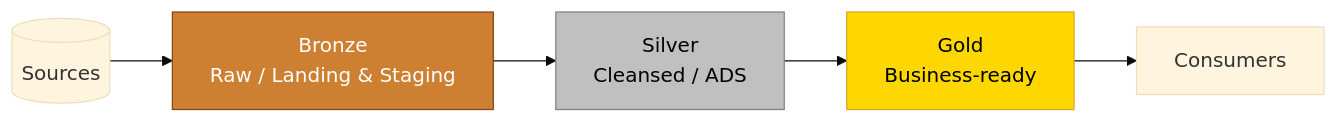
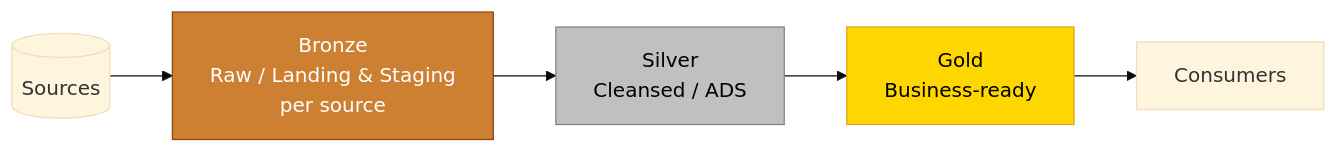
One commit to PlainsightPro/Vision-Playbook changed the first of 2 diagrams in Technical Guideline Ops/Architectural Principles/Medallion - Bronze Silver Gold.md. Above: the diagram before and after it, drawn with Mermaid. The commit also changed other lines of this file and 3 other files, not shown here.

Commit message:
Removal of inconsistencies in Landing/Staging per Schema + Removal of OBT to remove obfuscation.

````diff
--- a/Technical Guideline Ops/Architectural Principles/Medallion - Bronze Silver Gold.md
+++ b/Technical Guideline Ops/Architectural Principles/Medallion - Bronze Silver Gold.md
@@ -6,12 +6,12 @@
 ```mermaid
 %%{init: { "flowchart": { "useMaxWidth": true, "curve": "basis" }, "theme": "base" } }%%
 flowchart LR
-    Sources[(Sources)] --> Bronze[Bronze<br/>Raw / Landing & Staging]
+    Sources[(Sources)] --> Bronze[Bronze<br/>Raw / Landing & Staging<br/>per source]
     Bronze --> Silver[Silver<br/>Cleansed / ADS]
     Silver --> Gold[Gold<br/>Business-ready]
     Gold --> Consumers[Consumers]
     
     style Bronze fill:#CD7F32,stroke:#8B4513,color:#FFFFFF
     style Silver fill:#C0C0C0,stroke:#808080,color:#000000
     style Gold fill:#FFD700,stroke:#DAA520,color:#000000
 ```
````
